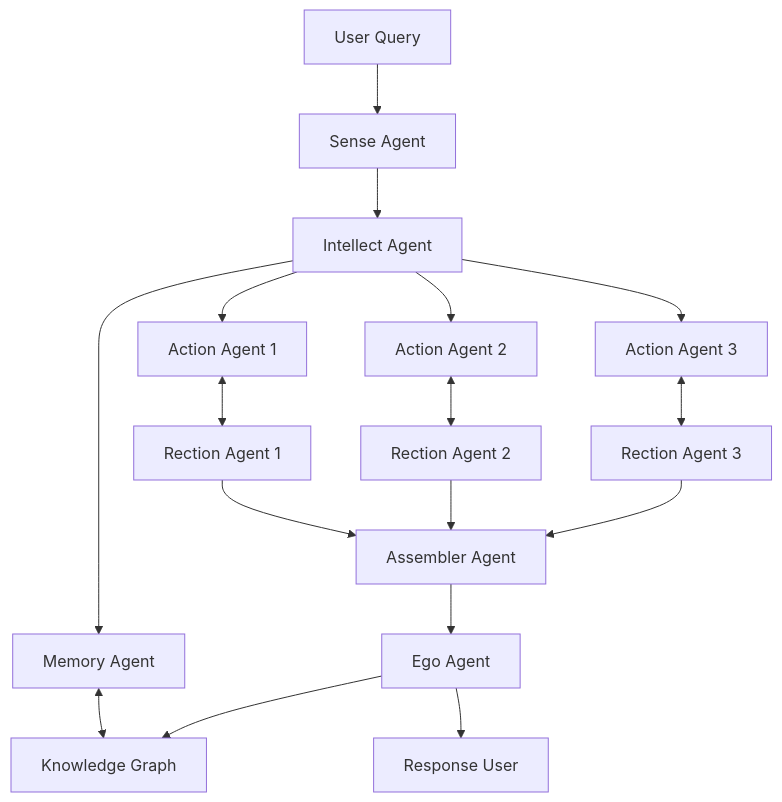
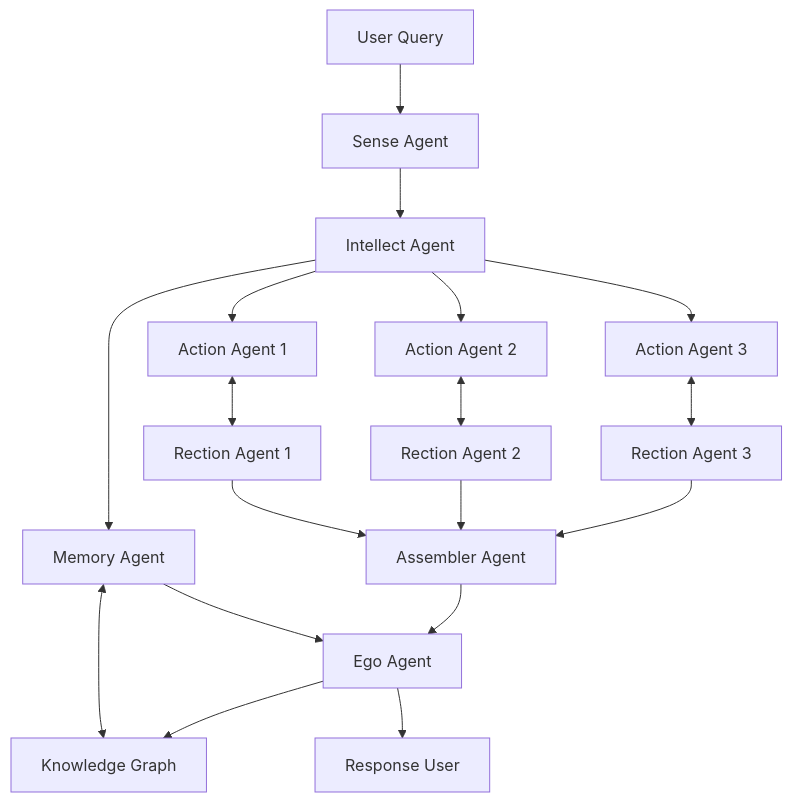
Before and after one commit to Mindverse-Computing/algoverse: the diagram in README.md, drawn with Mermaid.

````diff
--- a/README.md
+++ b/README.md
@@ -78,19 +78,20 @@
 ```mermaid
 graph TD
   A[User Query] --> S[Sense Agent]
   S --> I[Intellect Agent]
   I --> M[Memory Agent]
   M <--> G[Knowledge Graph]
+  M --> E[Ego Agent]
   I --> A1[Action Agent 1]
   I --> A2[Action Agent 2]
   I --> A3[Action Agent 3]
   A1 <--> R1[Rection Agent 1]
   A2 <--> R2[Rection Agent 2]
   A3 <--> R3[Rection Agent 3]
   R1 --> AA[Assembler Agent]
   R2 --> AA[Assembler Agent]
   R3 --> AA[Assembler Agent]
   AA --> E[Ego Agent]
   E --> G[Knowledge Graph]
   E --> U[Response User]
 ```
````
